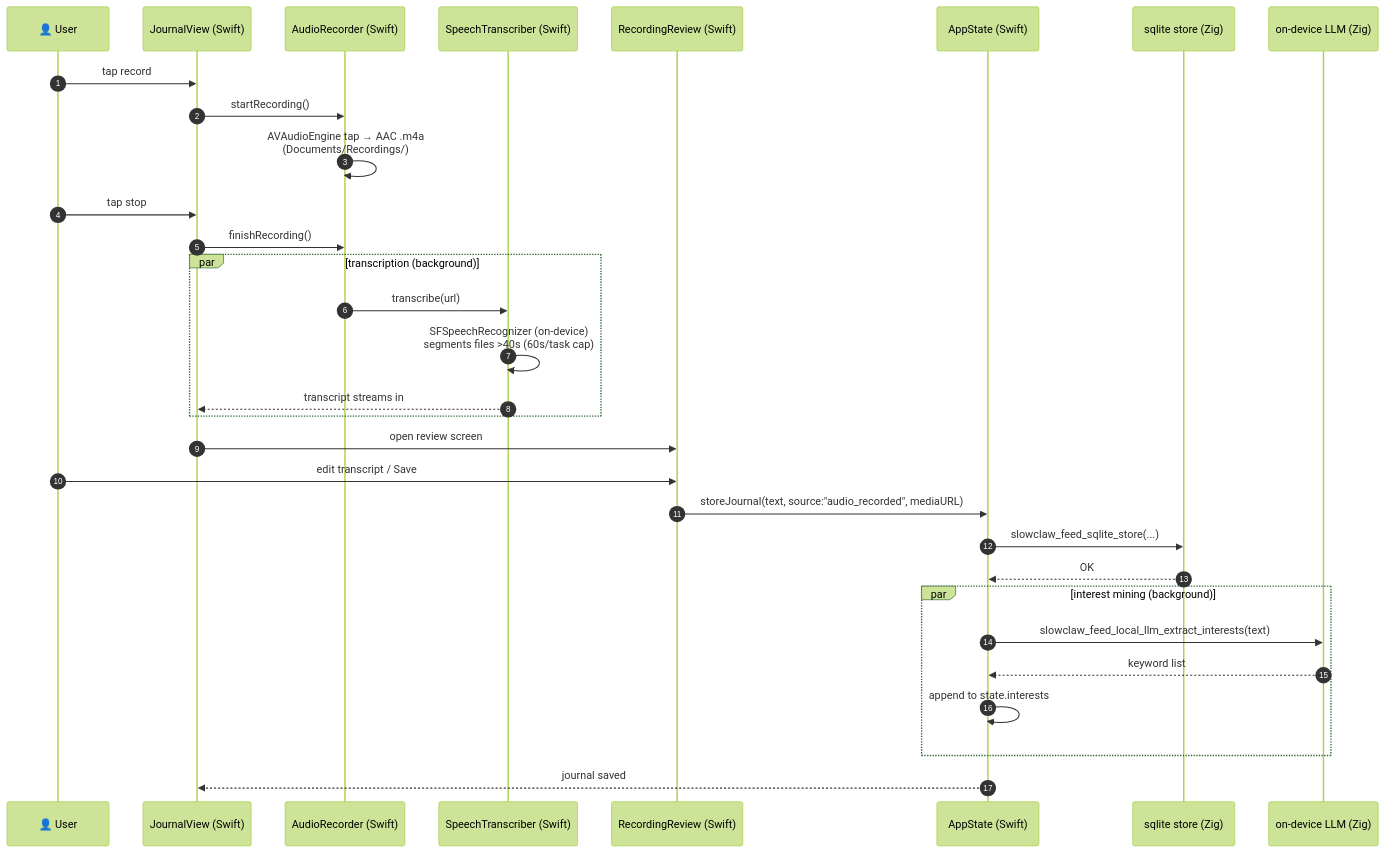
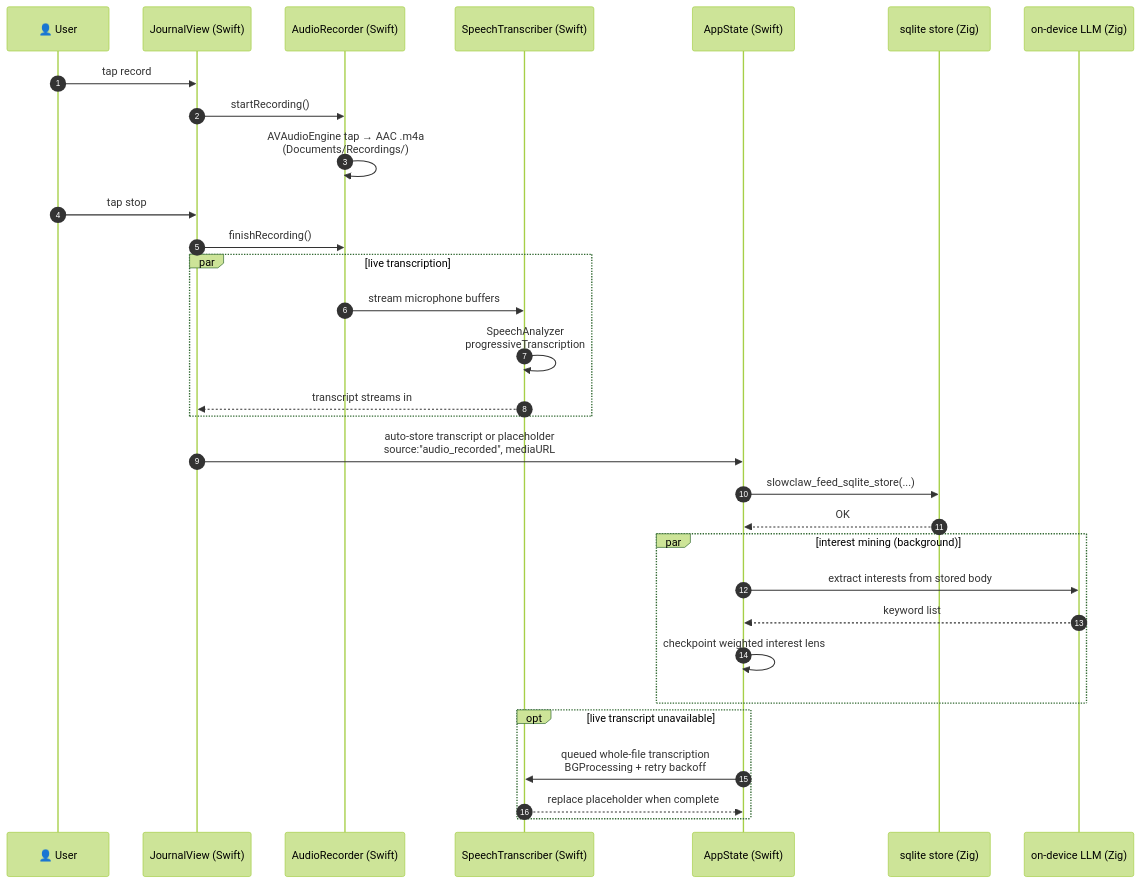
The sixth of 10 diagrams in README.md (zanynik/slowclaw.social), drawn with Mermaid (forest theme) before and after one commit. The commit also changed other lines of this file and 14 other files, not shown here.

````diff
--- a/README.md
+++ b/README.md
@@ -271,34 +271,34 @@
 ```mermaid
 sequenceDiagram
     autonumber
     participant U as 👤 User
     participant JV as JournalView (Swift)
     participant AR as AudioRecorder (Swift)
     participant ST as SpeechTranscriber (Swift)
-    participant RR as RecordingReview (Swift)
     participant AS as AppState (Swift)
     participant MEM as sqlite store (Zig)
     participant LLM as on-device LLM (Zig)
 
     U->>JV: tap record
     JV->>AR: startRecording()
     AR->>AR: AVAudioEngine tap → AAC .m4a<br/>(Documents/Recordings/)
     U->>JV: tap stop
     JV->>AR: finishRecording()
-    par transcription (background)
-        AR->>ST: transcribe(url)
-        ST->>ST: SFSpeechRecognizer (on-device)<br/>segments files >40s (60s/task cap)
+    par live transcription
+        AR->>ST: stream microphone buffers
+        ST->>ST: SpeechAnalyzer<br/>progressiveTranscription
         ST-->>JV: transcript streams in
     end
-    JV->>RR: open review screen
-    U->>RR: edit transcript / Save
-    RR->>AS: storeJournal(text, source:"audio_recorded", mediaURL)
+    JV->>AS: auto-store transcript or placeholder<br/>source:"audio_recorded", mediaURL
     AS->>MEM: slowclaw_feed_sqlite_store(...)
     MEM-->>AS: OK
     par interest mining (background)
-        AS->>LLM: slowclaw_feed_local_llm_extract_interests(text)
+        AS->>LLM: extract interests from stored body
         LLM-->>AS: keyword list
-        AS->>AS: append to state.interests
+        AS->>AS: checkpoint weighted interest lens
     end
-    AS-->>JV: journal saved
+    opt live transcript unavailable
+        AS->>ST: queued whole-file transcription<br/>BGProcessing + retry backoff
+        ST-->>AS: replace placeholder when complete
+    end
 ```
````
